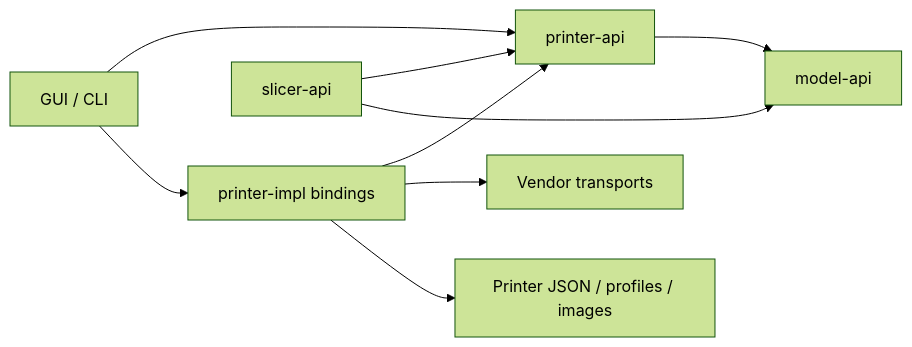
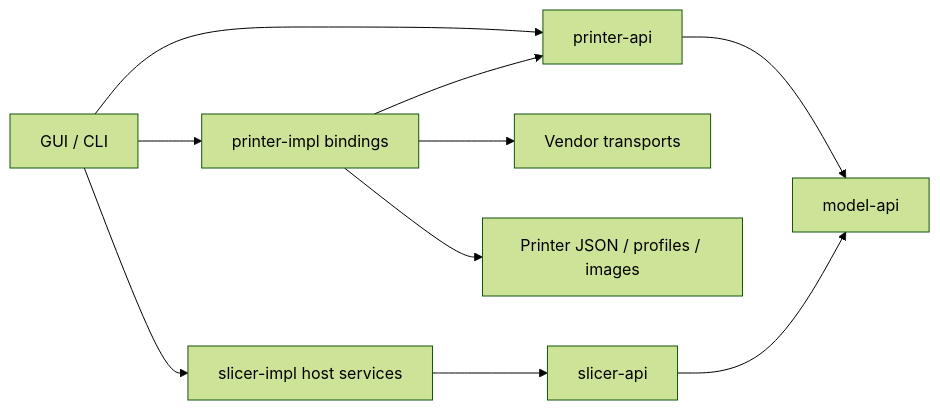
The diagram in docs/DEV_README.md (Voxel-Brew/VoxelBrew), drawn with Mermaid (forest theme) before and after one commit. The commit also changed other lines of this file and 132 other files, not shown here.

````diff
--- a/docs/DEV_README.md
+++ b/docs/DEV_README.md
@@ -26,11 +26,12 @@
 ```mermaid
 flowchart LR
     GUI[GUI / CLI] --> PA[printer-api]
     GUI --> PI[printer-impl bindings]
     PI --> PA
     PI --> NET[Vendor transports]
     PI --> STORE[Printer JSON / profiles / images]
-    SA[slicer-api] --> PA
+    GUI --> SI[slicer-impl host services]
+    SI --> SA[slicer-api]
     SA --> MA[model-api]
     PA --> MA
 ```
````
